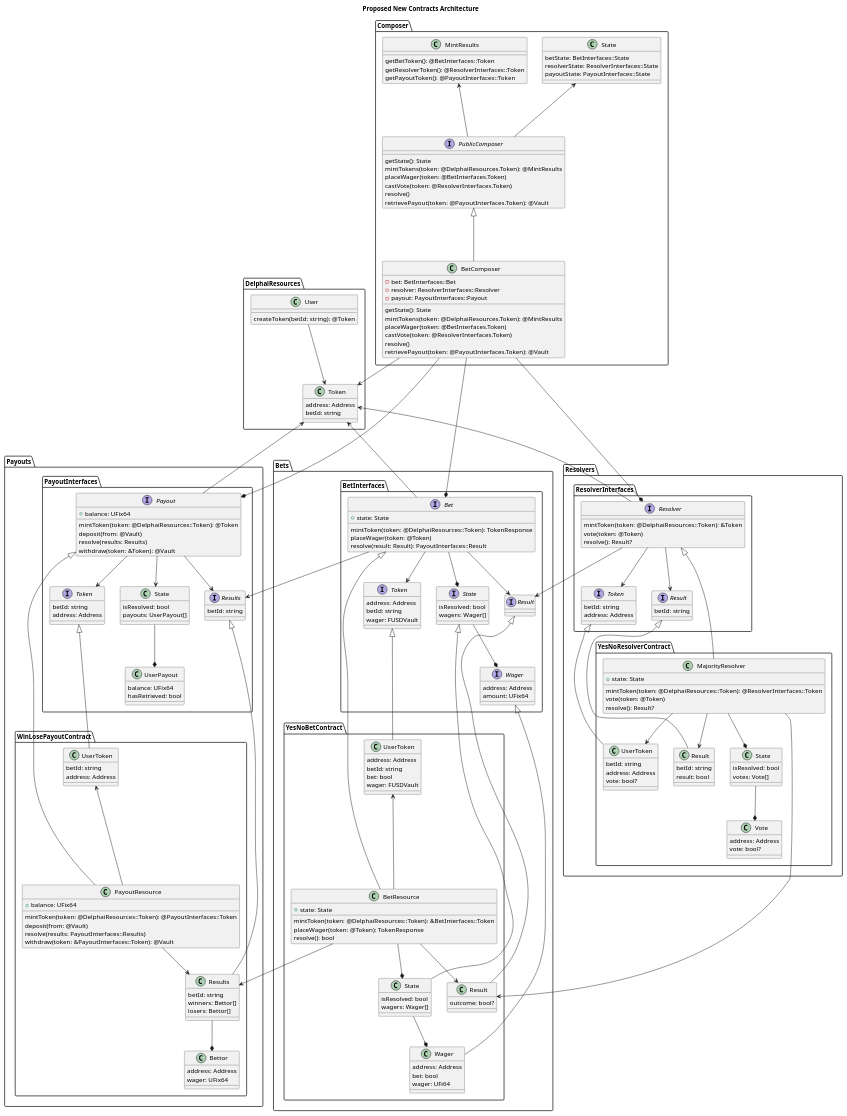
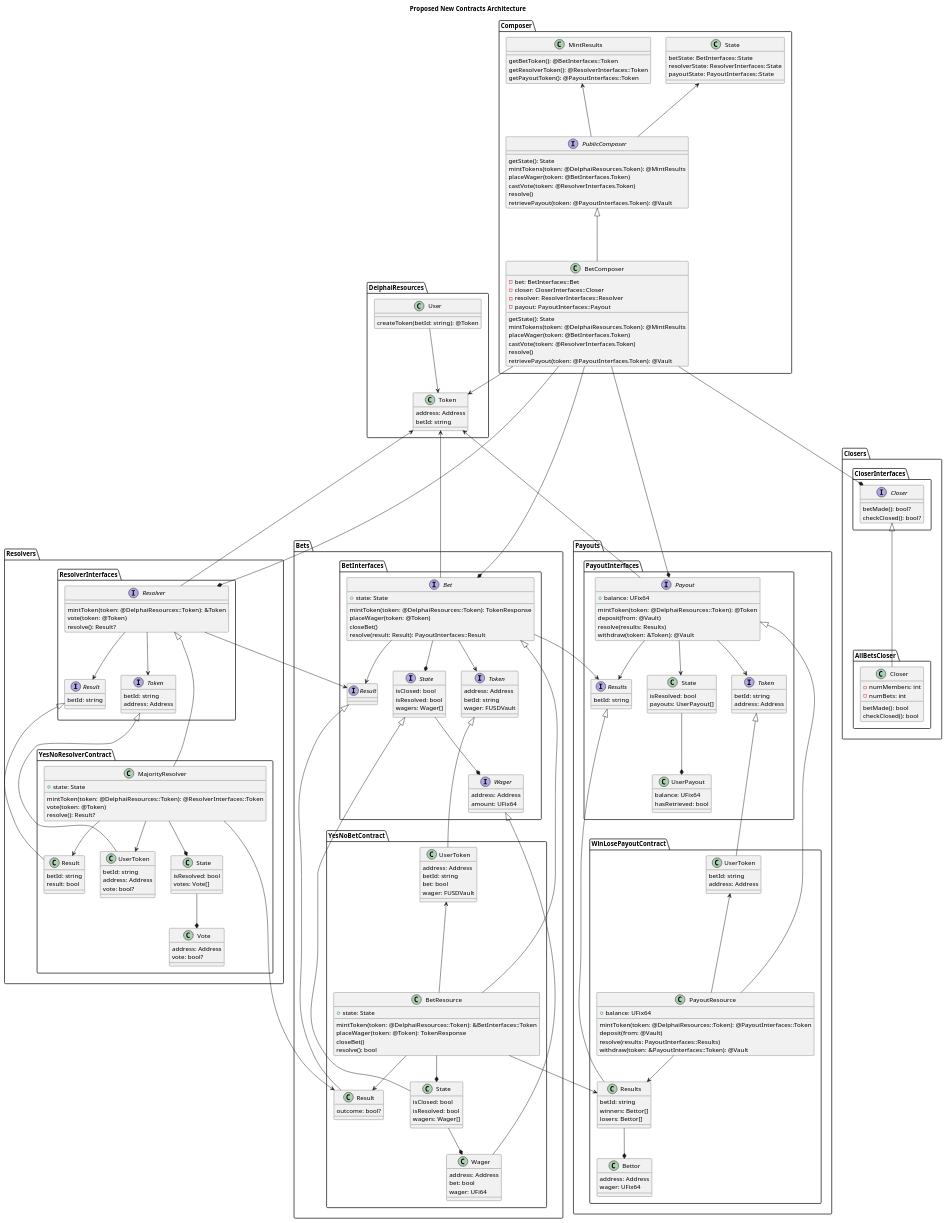
Before and after one commit to adhurjaty/prediction-app: the diagram in docs/Diagrams/src/Architecture/newContractArch.puml, drawn with PlantUML.

Commit message:
update arch diagram with closer

```diff
--- a/docs/Diagrams/src/Architecture/newContractArch.puml
+++ b/docs/Diagrams/src/Architecture/newContractArch.puml
@@ -10,6 +10,7 @@
         }
 
         interface State {
+            isClosed: bool
             isResolved: bool
             wagers: Wager[]
         }
@@ -28,6 +29,7 @@
             + state: State
             mintToken(token: @DelphaiResources::Token): TokenResponse
             placeWager(token: @Token)
+            closeBet()
             resolve(result: Result): PayoutInterfaces::Result
         }
     }
@@ -47,6 +49,7 @@
         }
 
         class State {
+            isClosed: bool
             isResolved: bool
             wagers: Wager[]
         }
@@ -60,6 +63,7 @@
             
             mintToken(token: @DelphaiResources::Token): &BetInterfaces::Token
             placeWager(token: @Token): TokenResponse
+            closeBet()
             resolve(): bool
         }
     }
@@ -172,6 +176,24 @@
     }
 }
 
+namespace Closers {
+    namespace CloserInterfaces {
+        interface Closer {
+            betMade(): bool?
+            checkClosed(): bool?
+        }
+    }
+
+    namespace AllBetsCloser {
+        class Closer {
+            - numMembers: int
+            - numBets: int
+            betMade(): bool
+            checkClosed(): bool
+        }
+    }
+}
+
 namespace DelphaiResources {
     class Token {
         address: Address
@@ -207,6 +229,7 @@
 
     class BetComposer {
         - bet: BetInterfaces::Bet
+        - closer: CloserInterfaces::Closer
         - resolver: ResolverInterfaces::Resolver
         - payout: PayoutInterfaces::Payout
         getState(): State
@@ -260,6 +283,8 @@
 Resolvers.YesNoResolverContract.Result -up--|> Resolvers.ResolverInterfaces.Result
 Resolvers.YesNoResolverContract.MajorityResolver --> Bets.YesNoBetContract.Result
 
+Closers.AllBetsCloser.Closer -up--|> Closers.CloserInterfaces.Closer
+
 DelphaiResources.User --> DelphaiResources.Token
 
 Composer.BetComposer -up--|> Composer.PublicComposer
@@ -269,5 +294,6 @@
 Composer.BetComposer -down--* Resolvers.ResolverInterfaces.Resolver
 Composer.BetComposer -down--* Payouts.PayoutInterfaces.Payout
 Composer.BetComposer --> DelphaiResources.Token
+Composer.BetComposer -down--* Closers.CloserInterfaces.Closer
 
 @enduml
```
